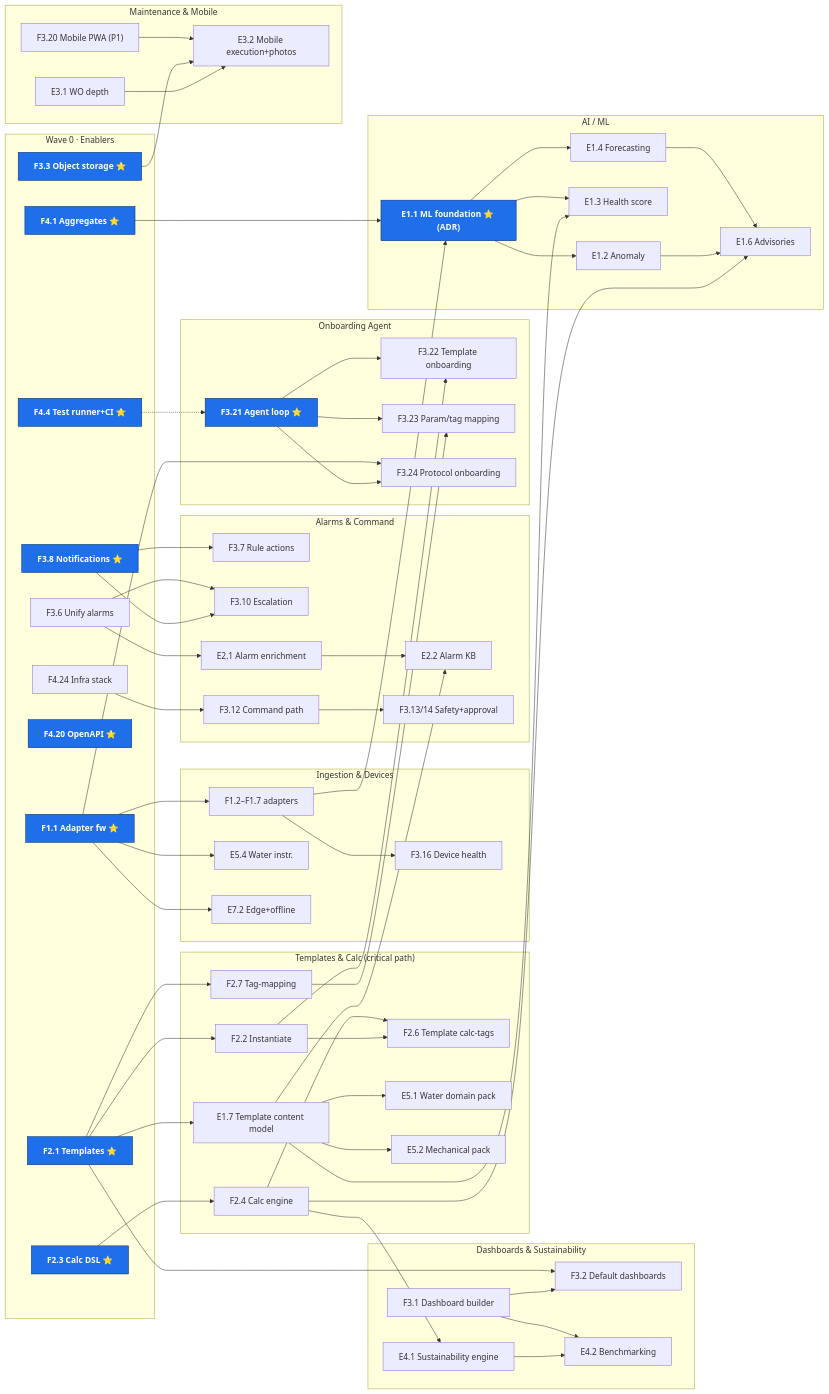
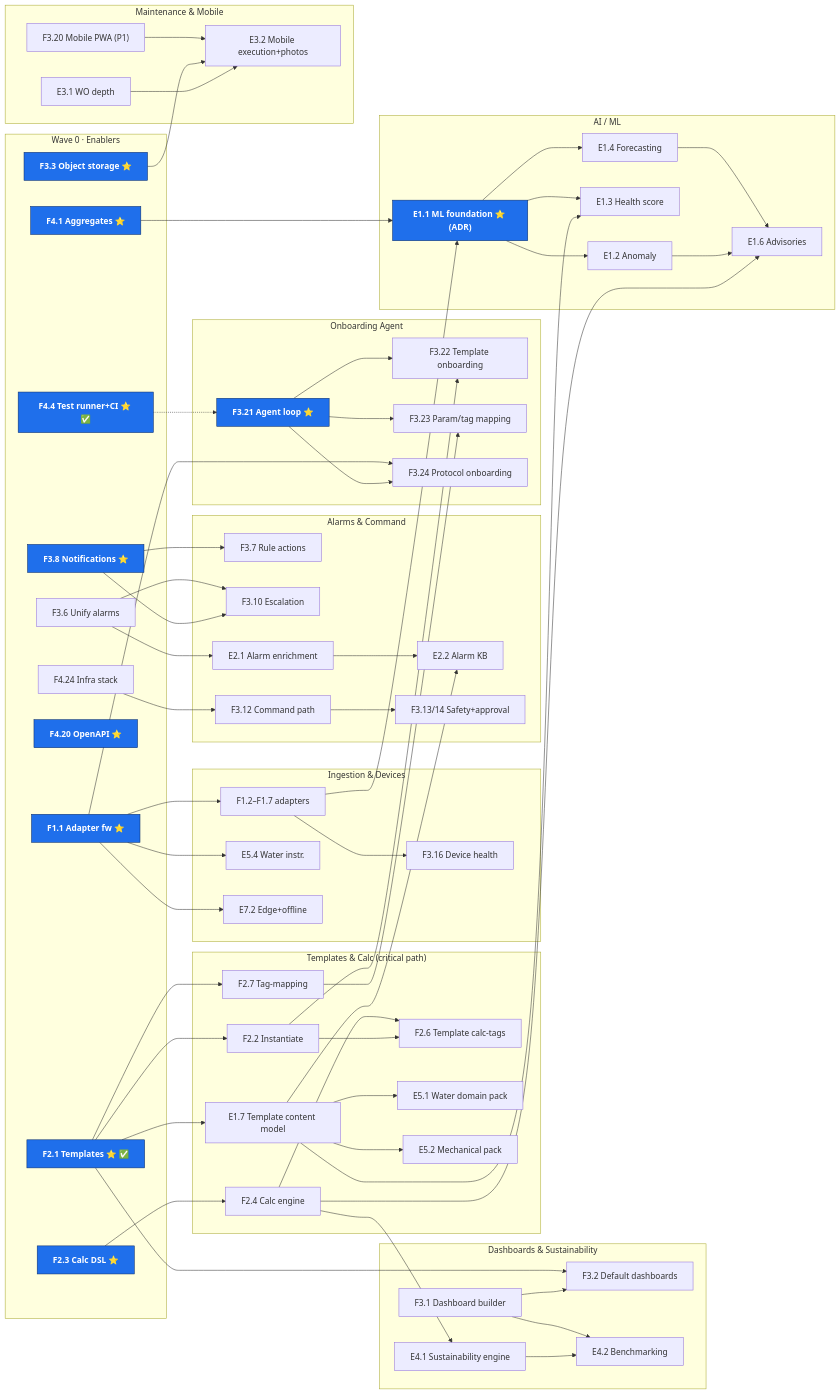
The diagram in docs/BACKLOG.md (GhochangFu/EMS), drawn with Mermaid before and after one commit. The commit also changed other lines of this file, not shown here.

````diff
--- a/docs/BACKLOG.md
+++ b/docs/BACKLOG.md
@@ -387,9 +387,9 @@
 ```mermaid
 flowchart LR
     subgraph W0["Wave 0 · Enablers"]
-        F44["F4.4 Test runner+CI ⭐"]
+        F44["F4.4 Test runner+CI ⭐ ✅"]
         F11["F1.1 Adapter fw ⭐"]
-        F21["F2.1 Templates ⭐"]
+        F21["F2.1 Templates ⭐ ✅"]
         F23["F2.3 Calc DSL ⭐"]
         F38["F3.8 Notifications ⭐"]
         F41["F4.1 Aggregates ⭐"]
````
